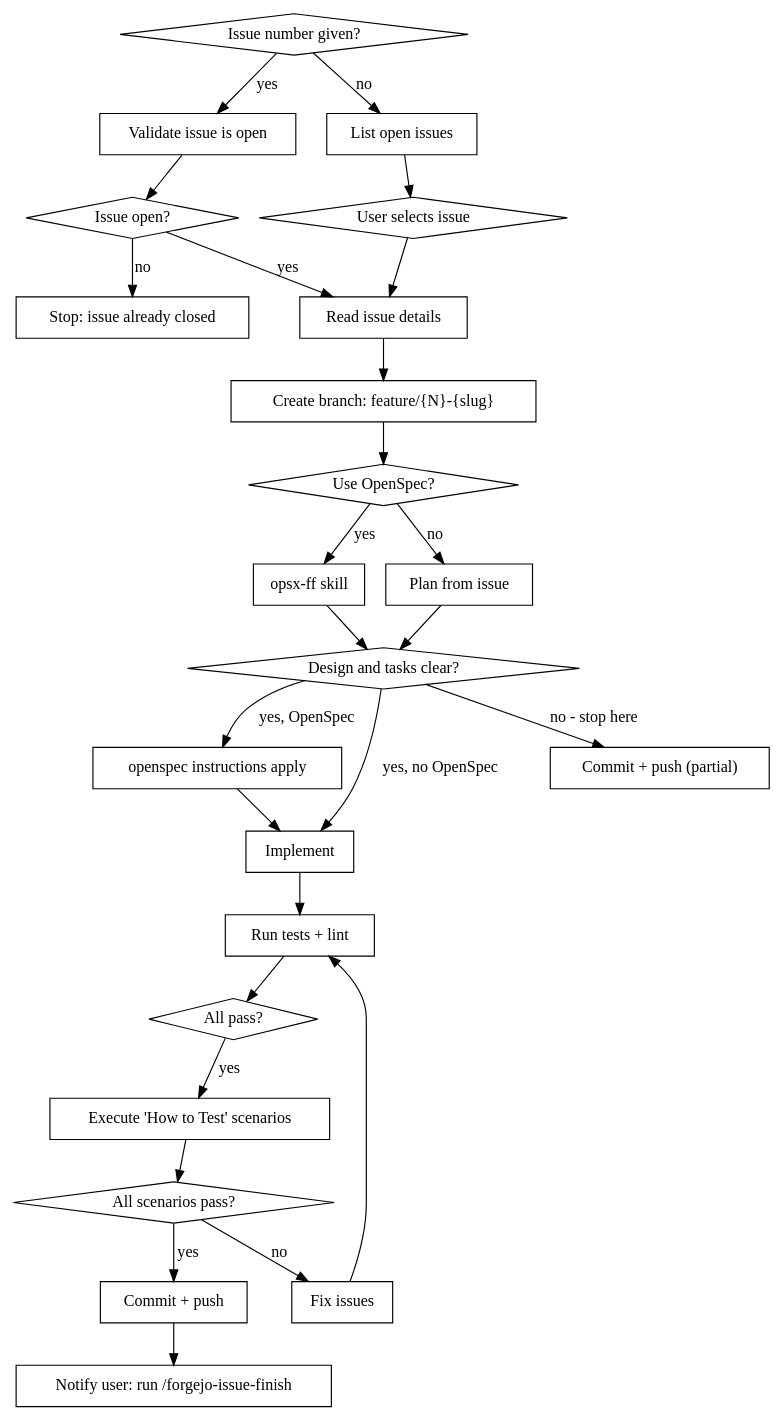
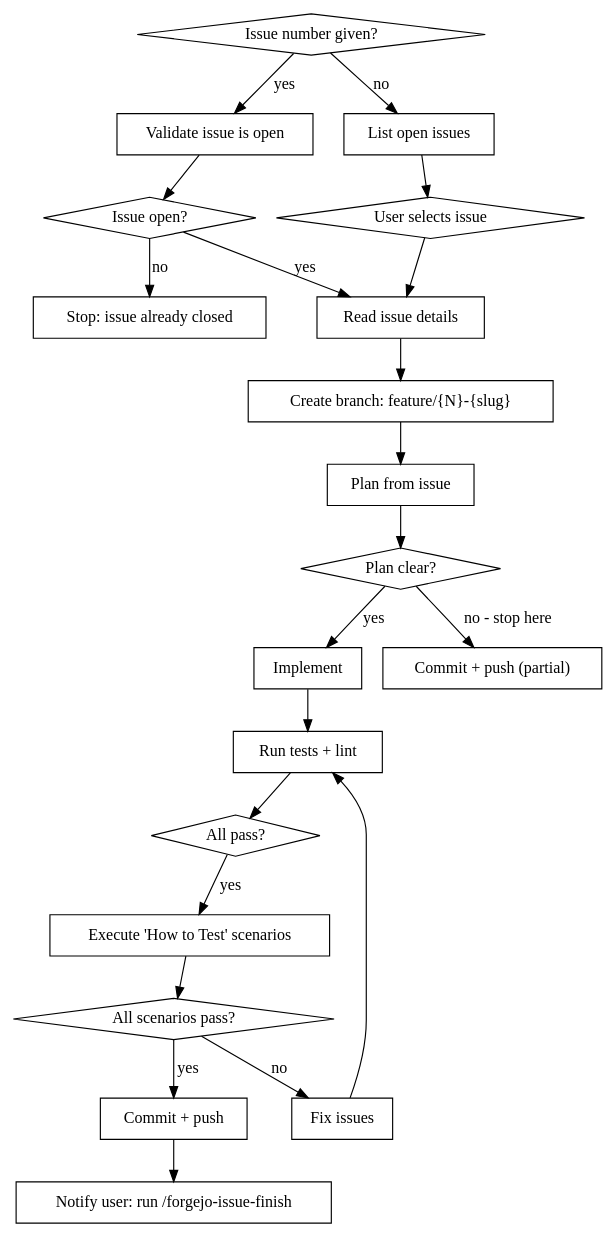
The diagram in .claude/skills/jb-forgejo-issue-implement/SKILL.md (janbaer/dotfiles), drawn with Graphviz before and after one commit. The commit also changed other lines of this file and 11 other files, not shown here.

First line of the commit message:
claude 🔧: Dropping OpenSpec leftovers so skills point at the linked docs only

````diff
--- a/.claude/skills/jb-forgejo-issue-implement/SKILL.md
+++ b/.claude/skills/jb-forgejo-issue-implement/SKILL.md
@@ -18,52 +18,44 @@
 ```dot
 digraph issue_workflow {
     "Issue number given?" [shape=diamond];
     "Validate issue is open" [shape=box];
     "Issue open?" [shape=diamond];
     "Stop: issue already closed" [shape=box];
     "List open issues" [shape=box];
     "User selects issue" [shape=diamond];
     "Read issue details" [shape=box];
     "Create branch: feature/{N}-{slug}" [shape=box];
-    "Use OpenSpec?" [shape=diamond];
-    "opsx-ff skill" [shape=box];
     "Plan from issue" [shape=box];
-    "Design and tasks clear?" [shape=diamond];
-    "openspec instructions apply" [shape=box];
+    "Plan clear?" [shape=diamond];
     "Implement" [shape=box];
     "Run tests + lint" [shape=box];
     "All pass?" [shape=diamond];
     "Execute 'How to Test' scenarios" [shape=box];
     "All scenarios pass?" [shape=diamond];
     "Fix issues" [shape=box];
     "Commit + push" [shape=box];
     "Notify user: run /forgejo-issue-finish" [shape=box];
     "Commit + push (partial)" [shape=box];
 
     "Issue number given?" -> "Validate issue is open" [label="yes"];
     "Issue number given?" -> "List open issues" [label="no"];
     "Validate issue is open" -> "Issue open?" ;
     "Issue open?" -> "Read issue details" [label="yes"];
     "Issue open?" -> "Stop: issue already closed" [label="no"];
     "List open issues" -> "User selects issue";
     "User selects issue" -> "Read issue details";
     "Read issue details" -> "Create branch: feature/{N}-{slug}";
-    "Create branch: feature/{N}-{slug}" -> "Use OpenSpec?";
-    "Use OpenSpec?" -> "opsx-ff skill" [label="yes"];
-    "Use OpenSpec?" -> "Plan from issue" [label="no"];
-    "opsx-ff skill" -> "Design and tasks clear?";
-    "Plan from issue" -> "Design and tasks clear?";
-    "Design and tasks clear?" -> "openspec instructions apply" [label="yes, OpenSpec"];
-    "Design and tasks clear?" -> "Implement" [label="yes, no OpenSpec"];
-    "Design and tasks clear?" -> "Commit + push (partial)" [label="no - stop here"];
-    "openspec instructions apply" -> "Implement";
+    "Create branch: feature/{N}-{slug}" -> "Plan from issue";
+    "Plan from issue" -> "Plan clear?";
+    "Plan clear?" -> "Implement" [label="yes"];
+    "Plan clear?" -> "Commit + push (partial)" [label="no - stop here"];
     "Implement" -> "Run tests + lint";
     "Run tests + lint" -> "All pass?";
     "All pass?" -> "Execute 'How to Test' scenarios" [label="yes"];
     "Execute 'How to Test' scenarios" -> "All scenarios pass?";
     "All scenarios pass?" -> "Commit + push" [label="yes"];
     "All scenarios pass?" -> "Fix issues" [label="no"];
     "Fix issues" -> "Run tests + lint";
     "Commit + push" -> "Notify user: run /forgejo-issue-finish";
 }
 ```
````
